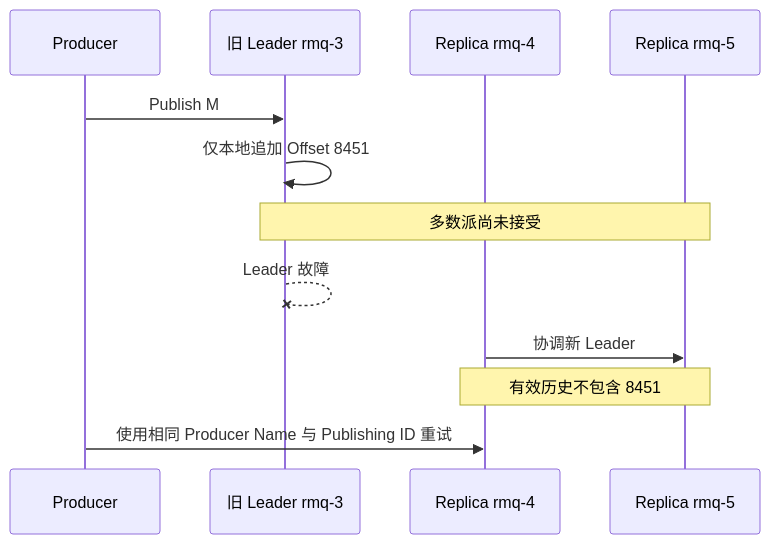
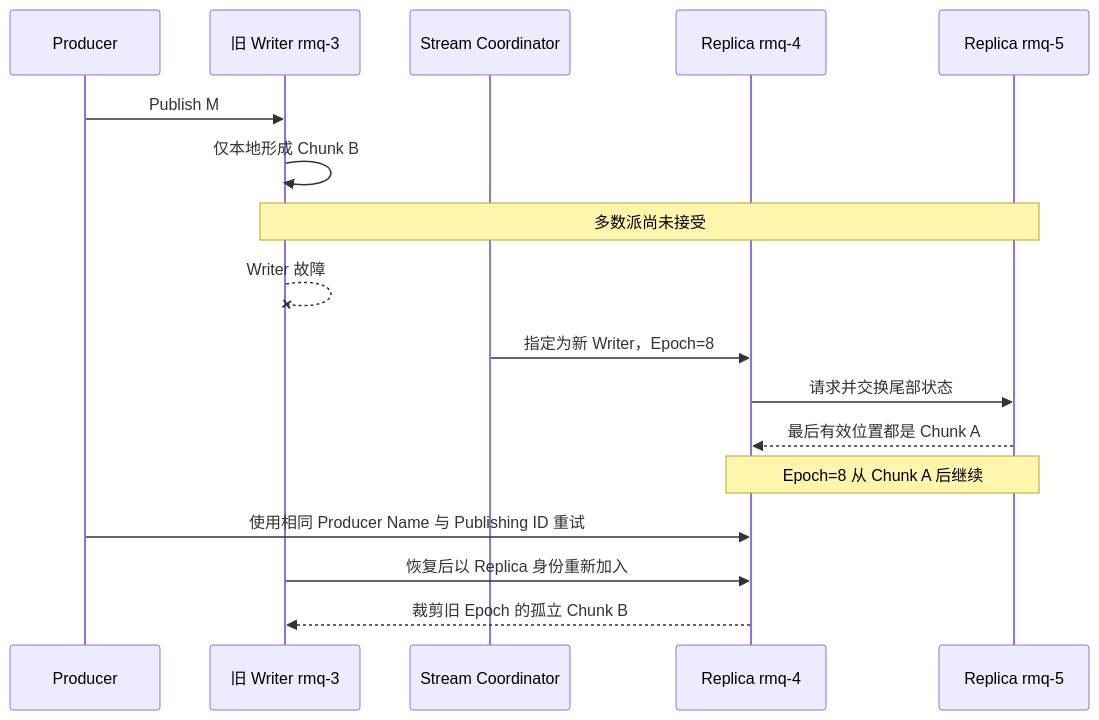
One commit to hotttao/backup changed the third of 5 diagrams in posts/microservices/queue/023_rabbitmq_stream_implementation.md. Above: the diagram before and after it, drawn with Mermaid. The commit also changed other lines of this file and 11 other files, not shown here.

````diff
--- a/posts/microservices/queue/023_rabbitmq_stream_implementation.md
+++ b/posts/microservices/queue/023_rabbitmq_stream_implementation.md
@@ -134,15 +294,20 @@
 ```mermaid
 sequenceDiagram
     participant P as Producer
-    participant L as 旧 Leader rmq-3
+    participant L as 旧 Writer rmq-3
+    participant C as Stream Coordinator
     participant R4 as Replica rmq-4
     participant R5 as Replica rmq-5
 
     P->>L: Publish M
-    L->>L: 仅本地追加 Offset 8451
+    L->>L: 仅本地形成 Chunk B
     Note over L,R5: 多数派尚未接受
-    L--xL: Leader 故障
-    R4->>R5: 协调新 Leader
-    Note over R4,R5: 有效历史不包含 8451
+    L--xL: Writer 故障
+    C->>R4: 指定为新 Writer，Epoch=8
+    R4->>R5: 请求并交换尾部状态
+    R5-->>R4: 最后有效位置都是 Chunk A
+    Note over R4,R5: Epoch=8 从 Chunk A 后继续
     P->>R4: 使用相同 Producer Name 与 Publishing ID 重试
+    L->>R4: 恢复后以 Replica 身份重新加入
+    R4-->>L: 裁剪旧 Epoch 的孤立 Chunk B
 ```
````
